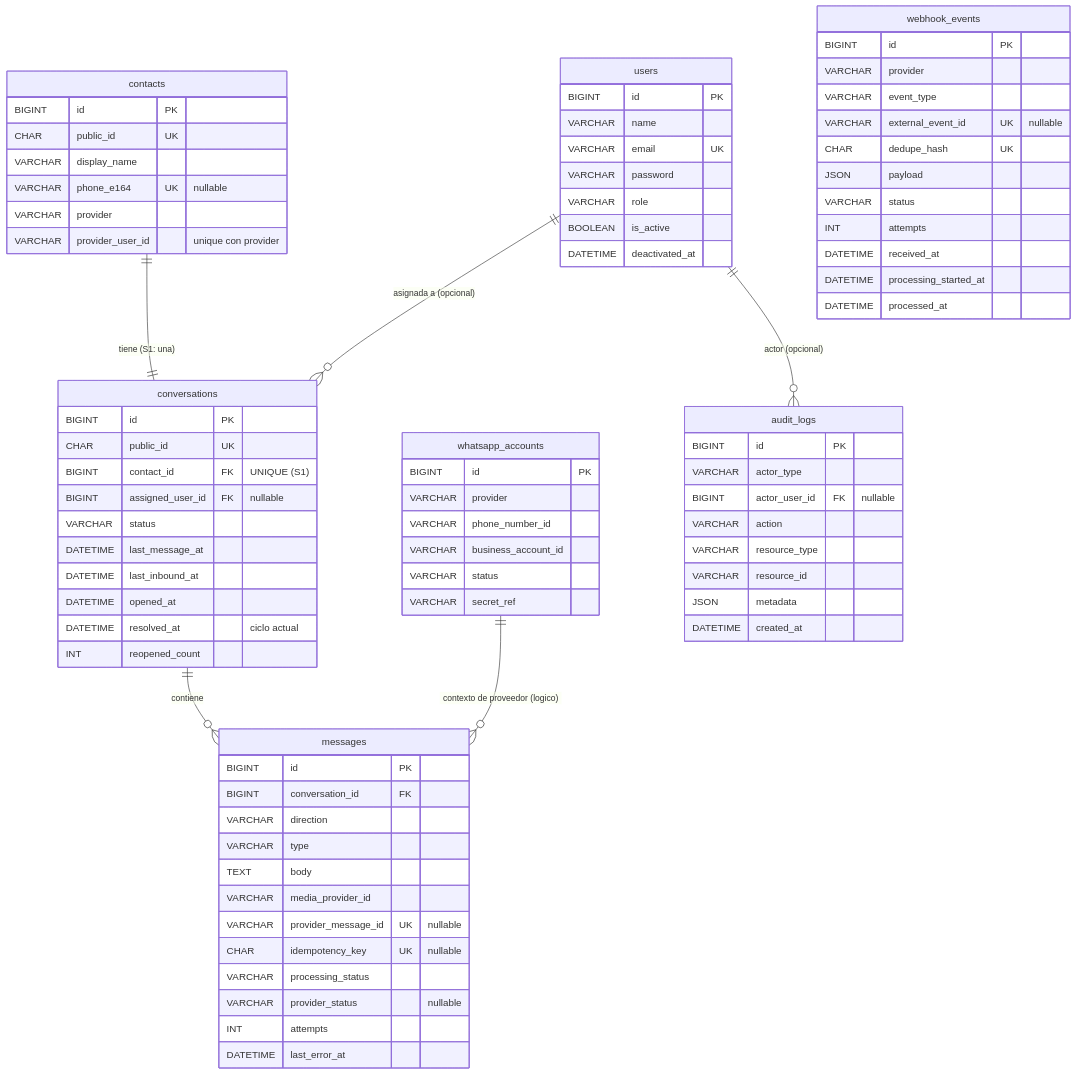
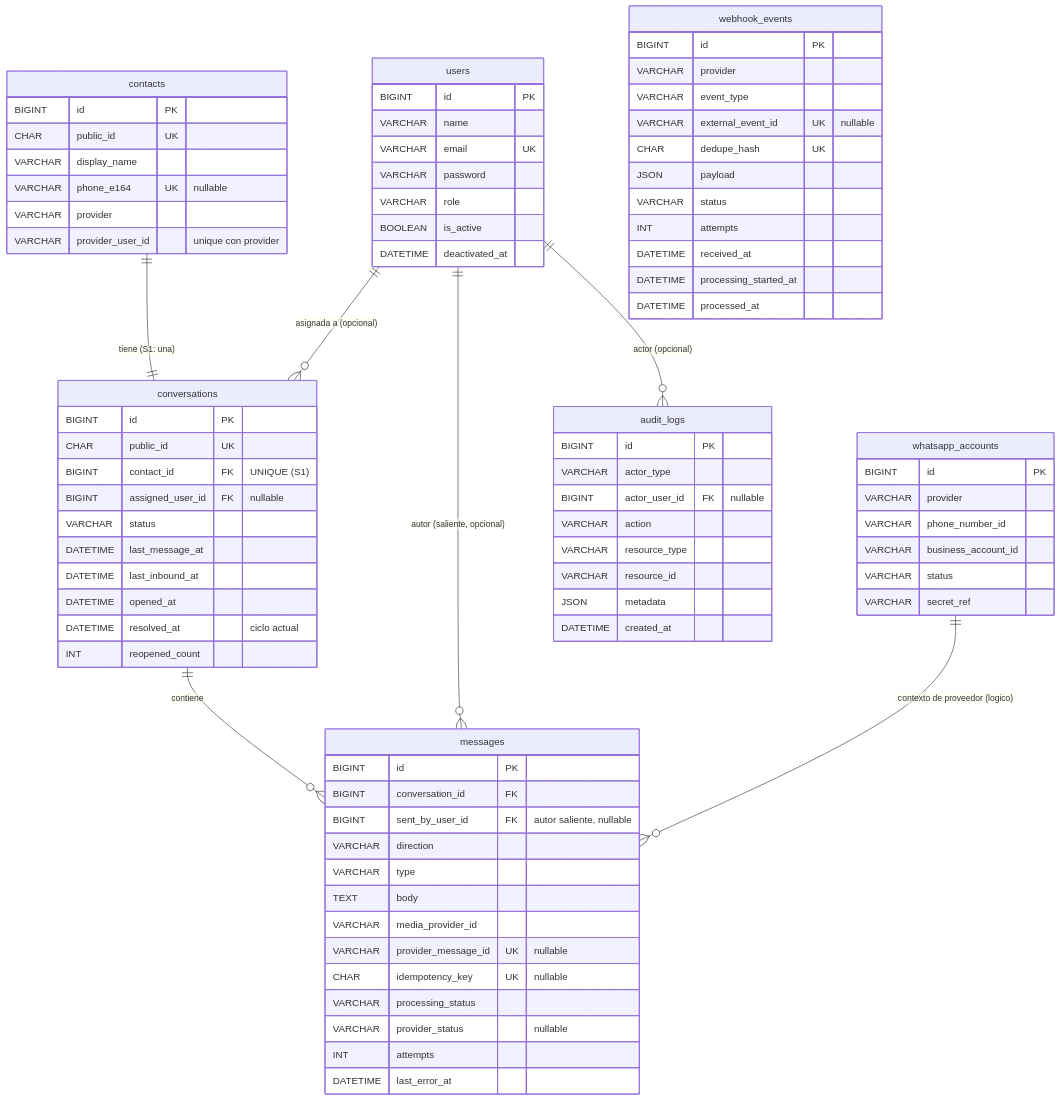
The diagram in docs/architecture/data-model.md (Jostcuro/PositiveApp), drawn with Mermaid before and after one commit. The commit also changed other lines of this file and 25 other files, not shown here.

````diff
--- a/docs/architecture/data-model.md
+++ b/docs/architecture/data-model.md
@@ -353,6 +366,7 @@
     messages {
         BIGINT id PK
         BIGINT conversation_id FK
+        BIGINT sent_by_user_id FK "autor saliente, nullable"
         VARCHAR direction
         VARCHAR type
         TEXT body
@@ -399,6 +413,7 @@
     contacts ||--|| conversations : "tiene (S1: una)"
     conversations ||--o{ messages : "contiene"
     users ||--o{ conversations : "asignada a (opcional)"
+    users ||--o{ messages : "autor (saliente, opcional)"
     users ||--o{ audit_logs : "actor (opcional)"
     whatsapp_accounts ||--o{ messages : "contexto de proveedor (logico)"
 ```
````
